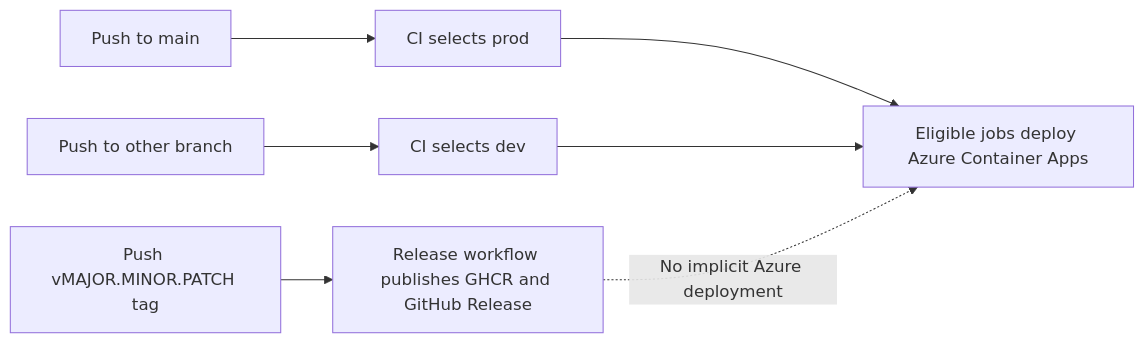
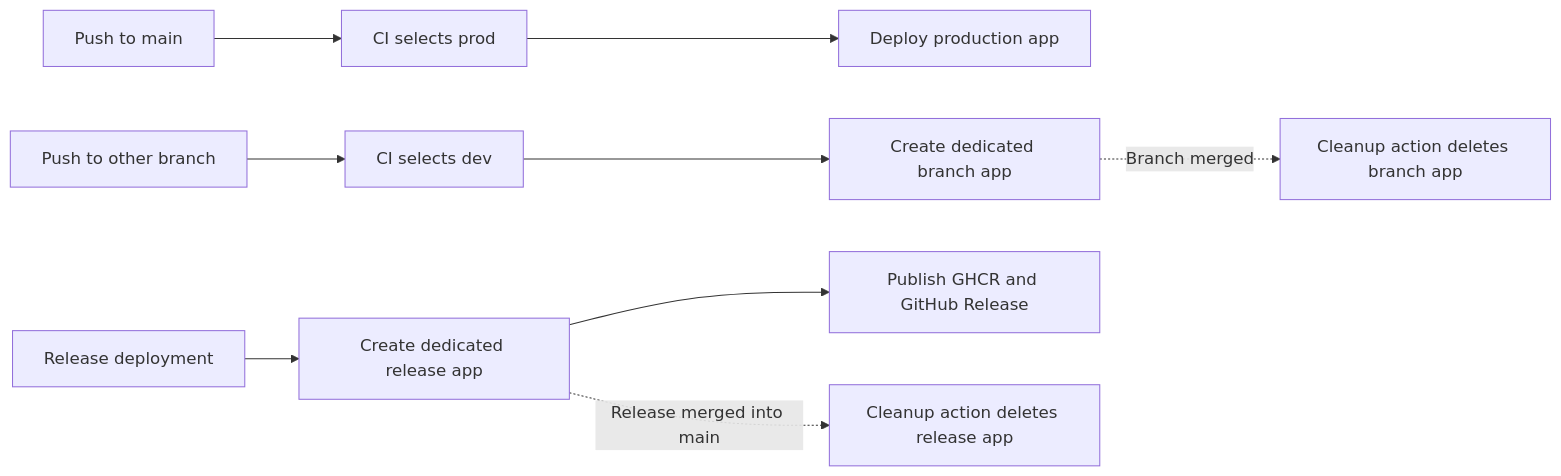
One commit to seekdavidlee/eklee-keyvault changed the diagram in docs/environment-deployment-design.md. Above: the diagram before and after it, drawn with Mermaid. The commit also changed other lines of this file and 6 other files, not shown here.

````diff
--- a/docs/environment-deployment-design.md
+++ b/docs/environment-deployment-design.md
@@ -162,9 +202,11 @@
 ```mermaid
 flowchart LR
     M["Push to main"] --> C["CI selects prod"]
-    B["Push to other branch"] --> D["CI selects dev"]
-    C --> G["Eligible jobs deploy Azure Container Apps"]
-    D --> G
-    T["Push vMAJOR.MINOR.PATCH tag"] --> R["Release workflow publishes GHCR and GitHub Release"]
-    R -. "No implicit Azure deployment" .-> G
+  C --> G["Deploy production app"]
+  B["Push to other branch"] --> D["CI selects dev"]
+  D --> P["Create dedicated branch app"]
+  P -. "Branch merged" .-> X["Cleanup action deletes branch app"]
+  T["Release deployment"] --> R["Create dedicated release app"]
+  R --> V["Publish GHCR and GitHub Release"]
+  R -. "Release merged into main" .-> Y["Cleanup action deletes release app"]
 ```
````
